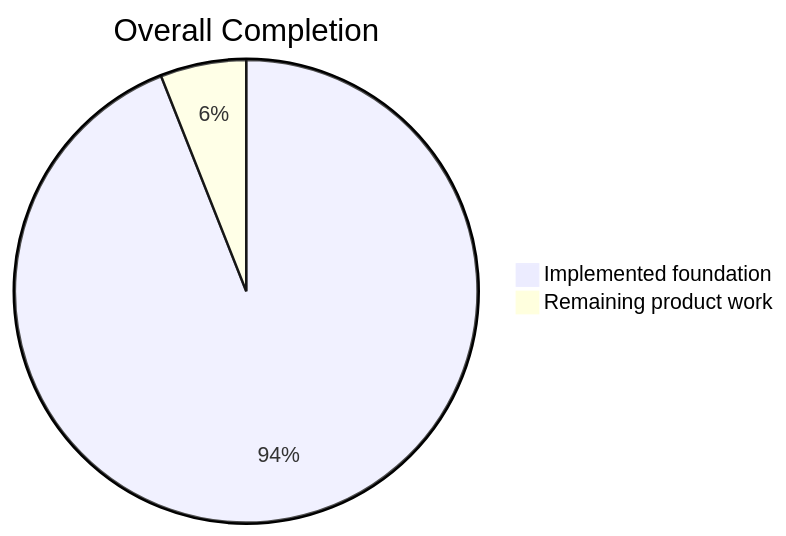
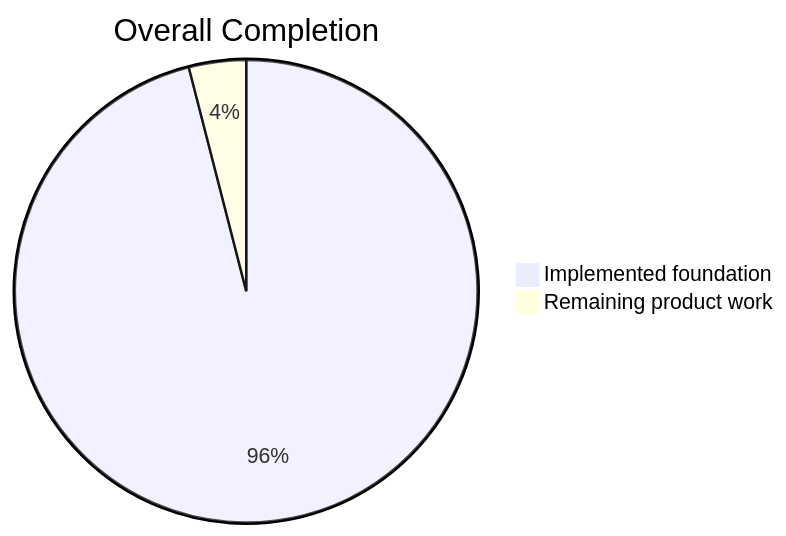
The first of 5 diagrams in README.md (lingmulongtai/GlyphRay), drawn with Mermaid before and after one commit. The commit also changed other lines of this file and 12 other files, not shown here.

````diff
--- a/README.md
+++ b/README.md
@@ -15,5 +15,5 @@
 ```mermaid
 pie title Overall Completion
-  "Implemented foundation" : 94
-  "Remaining product work" : 6
+  "Implemented foundation" : 96
+  "Remaining product work" : 4
 ```
````
